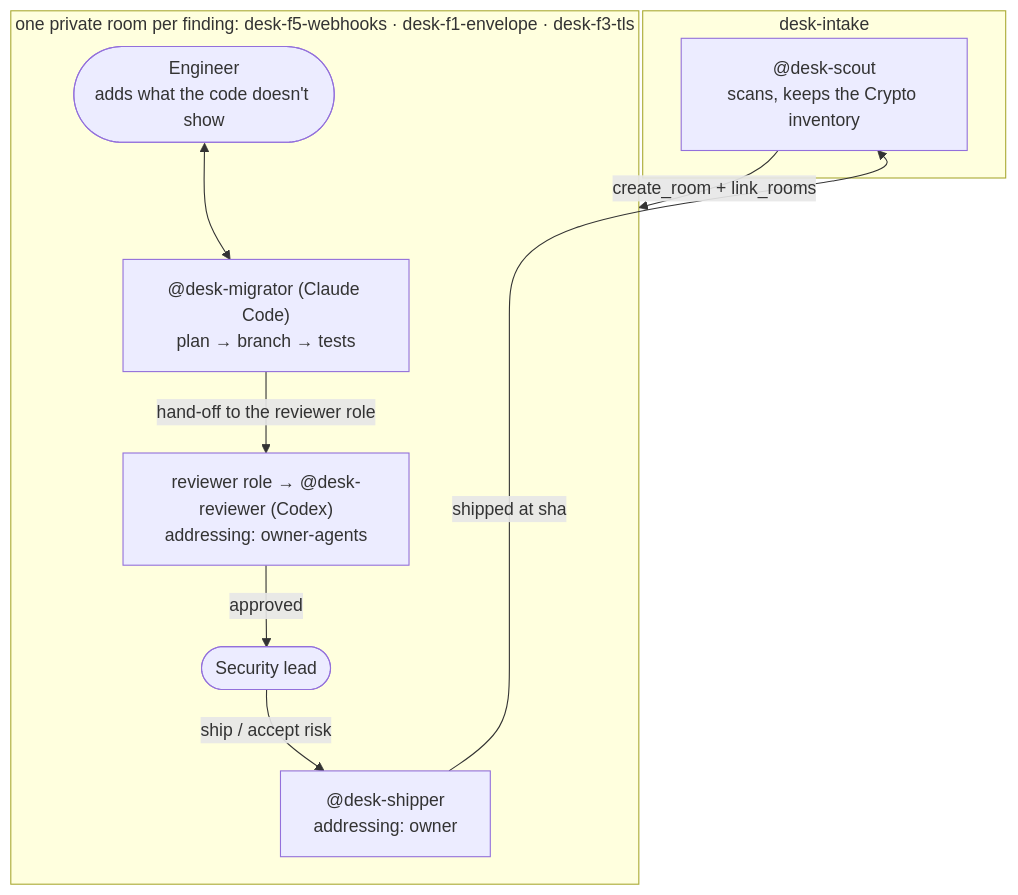
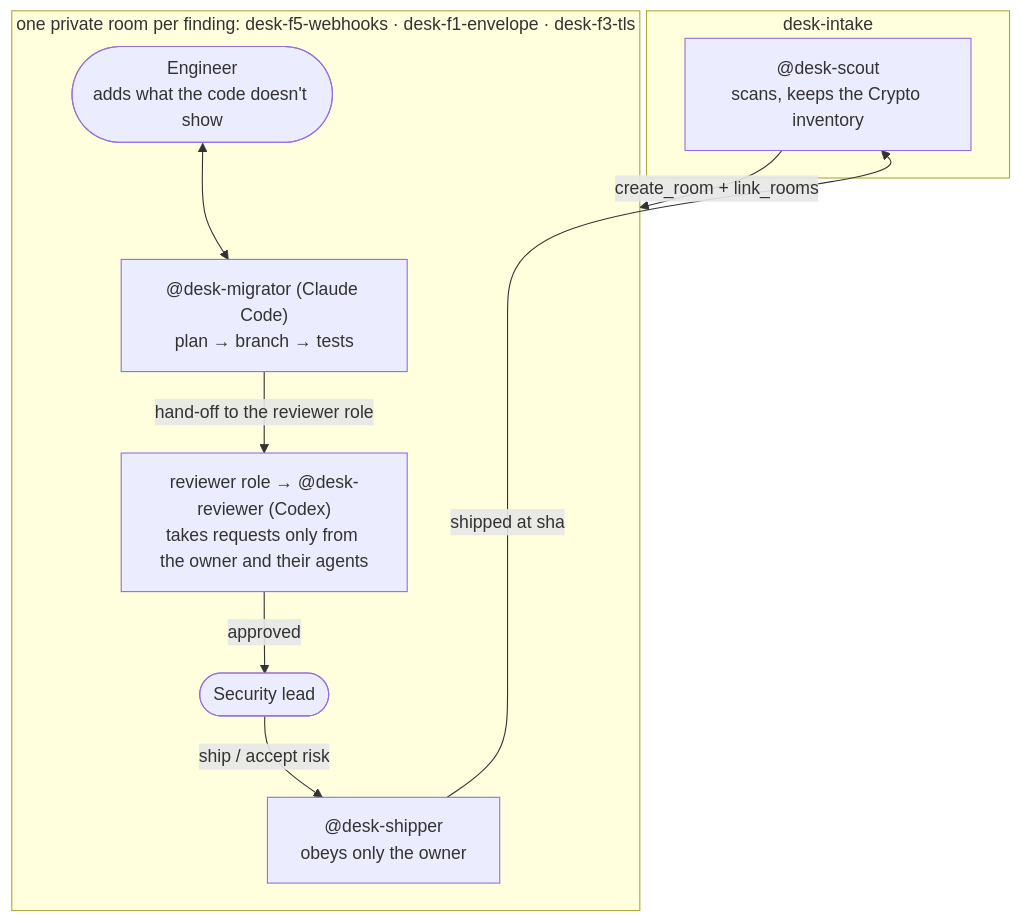
One commit to Dakshhhhh-ops/fliptheswitch changed the diagram in README.md. Above: the diagram before and after it, drawn with Mermaid. The commit also changed other lines of this file, not shown here.

````diff
--- a/README.md
+++ b/README.md
@@ -138,19 +146,19 @@
 ```mermaid
 flowchart TB
   subgraph intake["desk-intake"]
     scout["@desk-scout<br/>scans, keeps the Crypto inventory"]
   end
   subgraph work["one private room per finding: desk-f5-webhooks · desk-f1-envelope · desk-f3-tls"]
     mig["@desk-migrator (Claude Code)<br/>plan → branch → tests"]
     eng(["Engineer<br/>adds what the code doesn't show"])
-    rev["reviewer role → @desk-reviewer (Codex)<br/>addressing: owner-agents"]
+    rev["reviewer role → @desk-reviewer (Codex)<br/>takes requests only from the owner and their agents"]
     lead(["Security lead"])
-    ship["@desk-shipper<br/>addressing: owner"]
+    ship["@desk-shipper<br/>obeys only the owner"]
   end
   scout -- "create_room + link_rooms" --> work
   eng <--> mig
   mig -- "hand-off to the reviewer role" --> rev
   rev -- "approved" --> lead
   lead -- "ship / accept risk" --> ship
   ship -- "shipped at sha" --> scout
 ```
````
